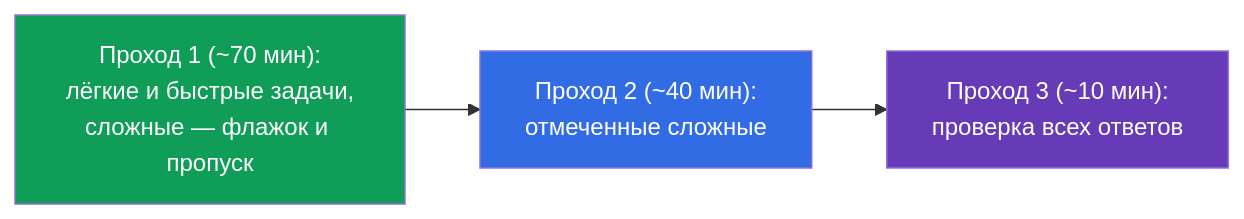
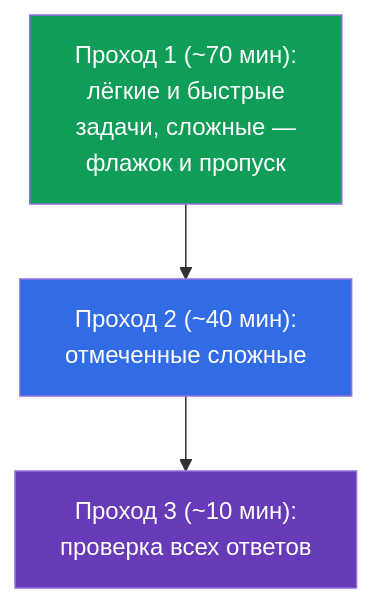
Before and after one commit to ViktorUJ/cks: the fifth of 7 diagrams in tasks/cka/course/47/ru.md, drawn with Mermaid. The commit also changed other lines of this file and 30 other files, not shown here.

````diff
--- a/tasks/cka/course/47/ru.md
+++ b/tasks/cka/course/47/ru.md
@@ -151,7 +151,8 @@
 ```mermaid
-flowchart LR
-    p1["Проход 1 (~70 мин):<br>лёгкие и быстрые задачи,<br>сложные — флажок и пропуск"] --> p2["Проход 2 (~40 мин):<br>отмеченные сложные"] --> p3["Проход 3 (~10 мин):<br>проверка всех ответов"]
+flowchart TB
+    p1["Проход 1 (~70 мин):<br>лёгкие и быстрые<br>задачи, сложные —<br>флажок и пропуск"] --> p2["Проход 2 (~40 мин):<br>отмеченные сложные"]
+    p2 --> p3["Проход 3 (~10 мин):<br>проверка всех ответов"]
     style p1 fill:#0f9d58,color:#fff
     style p2 fill:#326ce5,color:#fff
     style p3 fill:#673ab7,color:#fff
 ```
````
